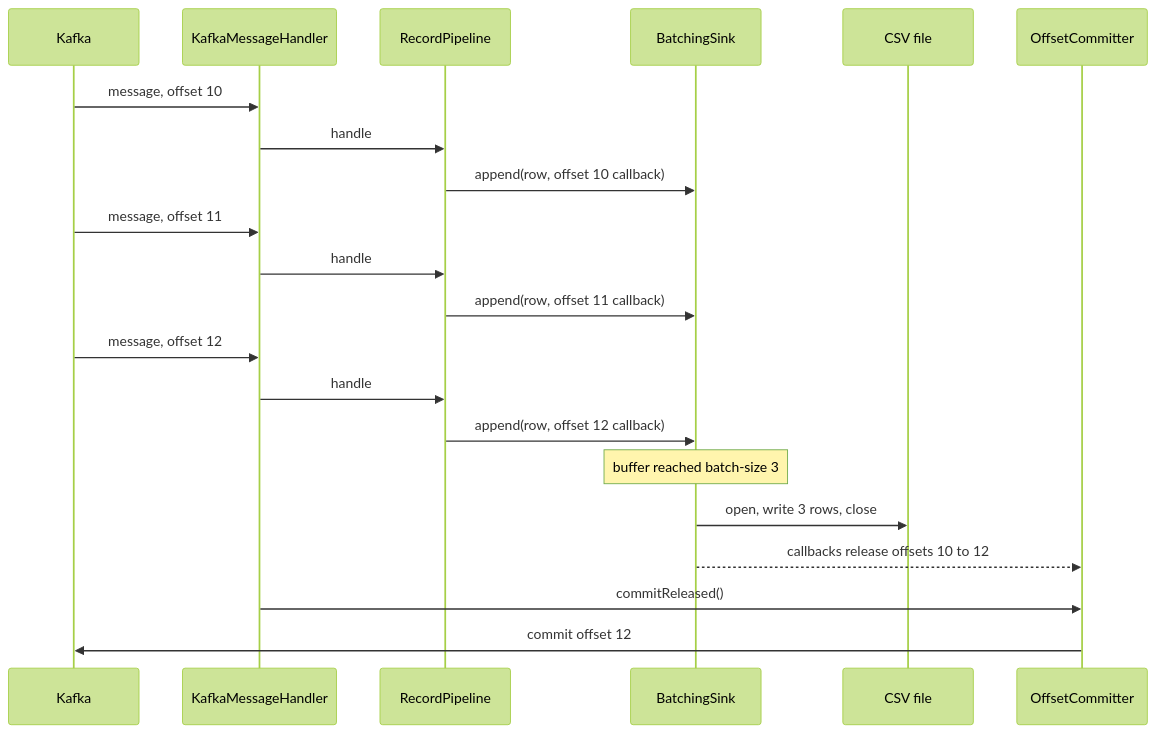
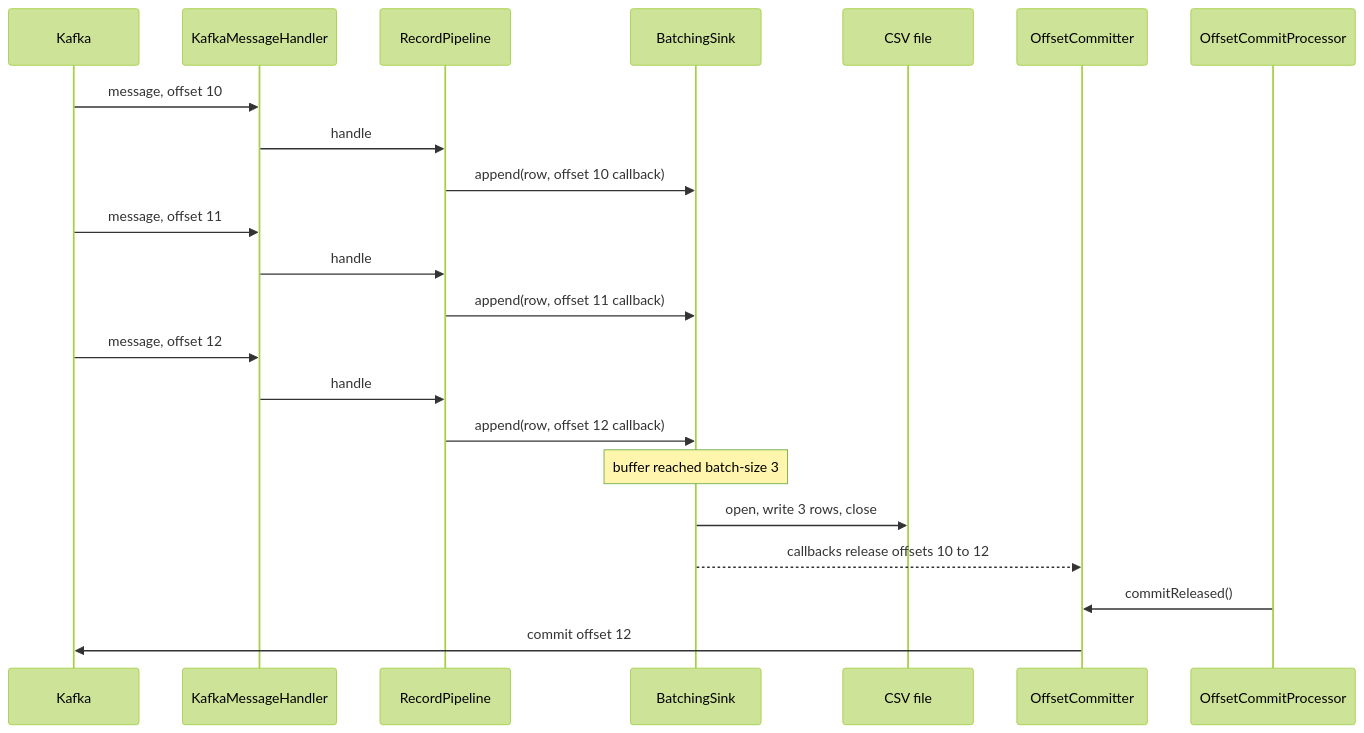
The eighth of 13 diagrams in docs/c4-architecture.md (shanregs/msg-transformer), drawn with Mermaid (forest theme) before and after one commit. The commit also changed other lines of this file and 3 other files, not shown here.

First line of the commit message:
Docs: refresh architecture, design and C4 for the YAML route, publisher and LOGIC type

````diff
--- a/docs/c4-architecture.md
+++ b/docs/c4-architecture.md
@@ -258,24 +325,25 @@
 ```mermaid
 sequenceDiagram
     participant K as Kafka
     participant R as KafkaMessageHandler
     participant P as RecordPipeline
     participant S as BatchingSink
     participant F as CSV file
     participant C as OffsetCommitter
+    participant OP as OffsetCommitProcessor
 
     K->>R: message, offset 10
     R->>P: handle
     P->>S: append(row, offset 10 callback)
     K->>R: message, offset 11
     R->>P: handle
     P->>S: append(row, offset 11 callback)
     K->>R: message, offset 12
     R->>P: handle
     P->>S: append(row, offset 12 callback)
     Note over S: buffer reached batch-size 3
     S->>F: open, write 3 rows, close
     S-->>C: callbacks release offsets 10 to 12
-    R->>C: commitReleased()
+    OP->>C: commitReleased()
     C->>K: commit offset 12
 ```
````
